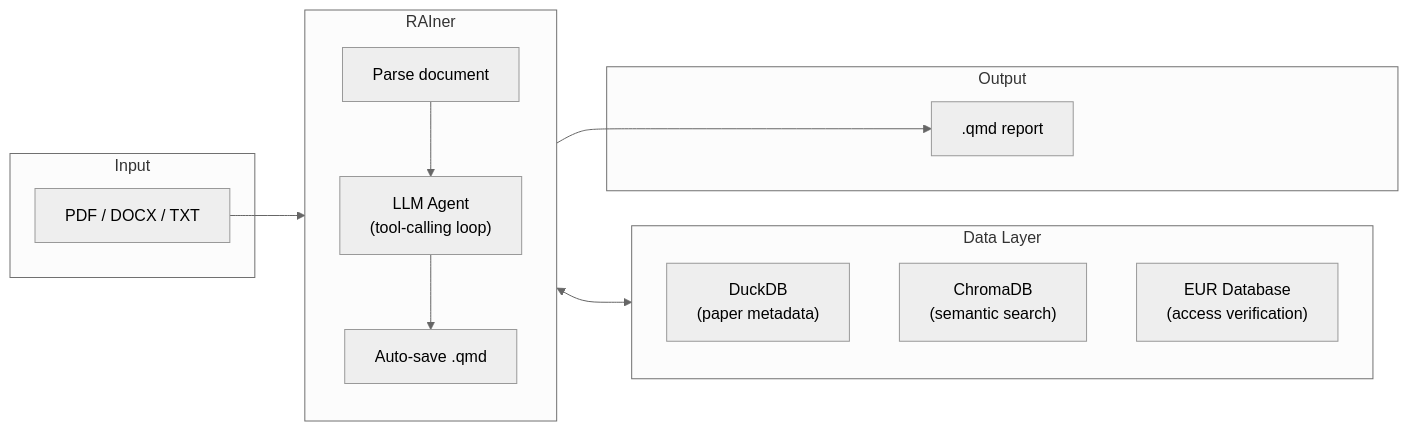
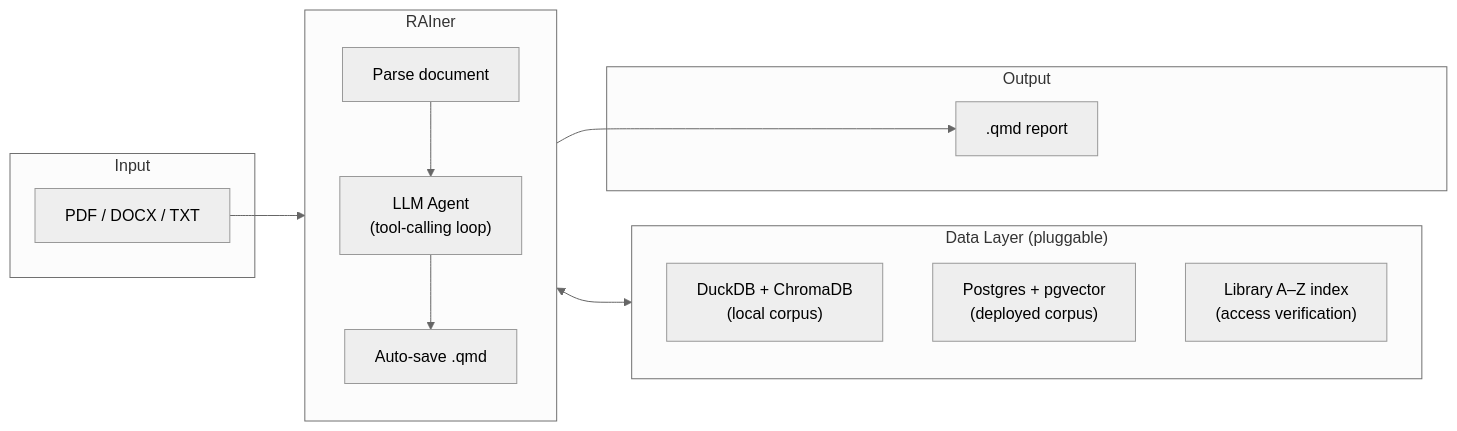
The first of 4 diagrams in slides/here_comes_rainer.qmd (CasparDP/RAIner), drawn with Mermaid (neutral theme) before and after one commit. The commit also changed other lines of this file and 13 other files, not shown here.

First line of the commit message:
slides: update deck to current architecture, restyle, drop logo

````diff
--- a/slides/here_comes_rainer.qmd
+++ b/slides/here_comes_rainer.qmd
@@ -51,30 +51,30 @@
 ```{mermaid}
 %%| fig-width: 10
 flowchart LR
     subgraph Input
         PDF["PDF / DOCX / TXT"]
     end
 
     subgraph RAIner
         direction TB
         Load["Parse document"]
-        Agent["LLM Agent\n(tool-calling loop)"]
+        Agent["LLM Agent<br/>(tool-calling loop)"]
         Save["Auto-save .qmd"]
         Load --> Agent --> Save
     end
 
-    subgraph Data["Data Layer"]
+    subgraph Data["Data Layer (pluggable)"]
         direction TB
-        DuckDB["DuckDB\n(paper metadata)"]
-        Chroma["ChromaDB\n(semantic search)"]
-        EUR["EUR Database\n(access verification)"]
+        DuckDB["DuckDB + ChromaDB<br/>(local corpus)"]
+        PG["Postgres + pgvector<br/>(deployed corpus)"]
+        EUR["Library A–Z index<br/>(access verification)"]
     end
 
     subgraph Output
         QMD[".qmd report"]
     end
 
     PDF --> Load
     Agent <--> Data
     Save --> QMD
 ```
````
